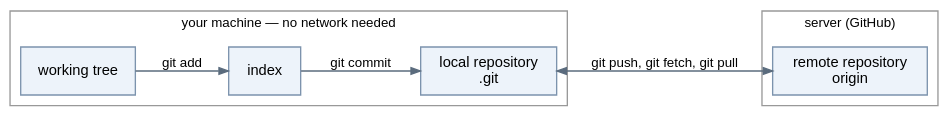
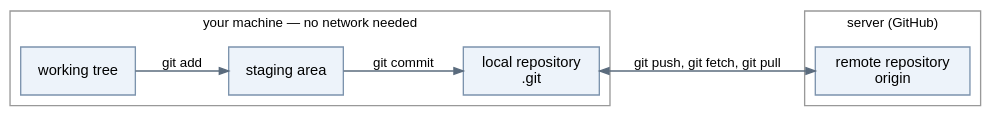
Before and after one commit to htl-leonding-college/curriculum-syp3: the second of 3 diagrams in modules/git-basics/questions.adoc, drawn with Graphviz. The commit also changed other lines of this file and 2 other files, not shown here.

First line of the commit message:
docs(curriculum): call the index the staging area

```diff
--- a/modules/git-basics/questions.adoc
+++ b/modules/git-basics/questions.adoc
@@ -331,28 +331,28 @@
 [graphviz,q-network-line,svg]
 ----
 digraph network {
   rankdir=LR;
   bgcolor="transparent";
   node [shape=box, style=filled, fillcolor="#EDF3FA", color="#7C93AD",
         fontname="Helvetica", fontsize=11];
   edge [color="#5A6B7D", arrowsize=0.7, fontname="Helvetica", fontsize=10];
 
   subgraph cluster_local {
     label="your machine — no network needed";
     fontname="Helvetica"; fontsize=10; color="#999999";
     W [label="working tree"];
-    I [label="index"];
+    I [label="staging area"];
     L [label="local repository\n.git"];
     W -> I [label="git add"];
     I -> L [label="git commit"];
   }
 
   subgraph cluster_remote {
     label="server (GitHub)";
     fontname="Helvetica"; fontsize=10; color="#999999";
     R [label="remote repository\norigin"];
   }
 
   L -> R [label="git push, git fetch, git pull", dir=both];
 }
 ----
```
